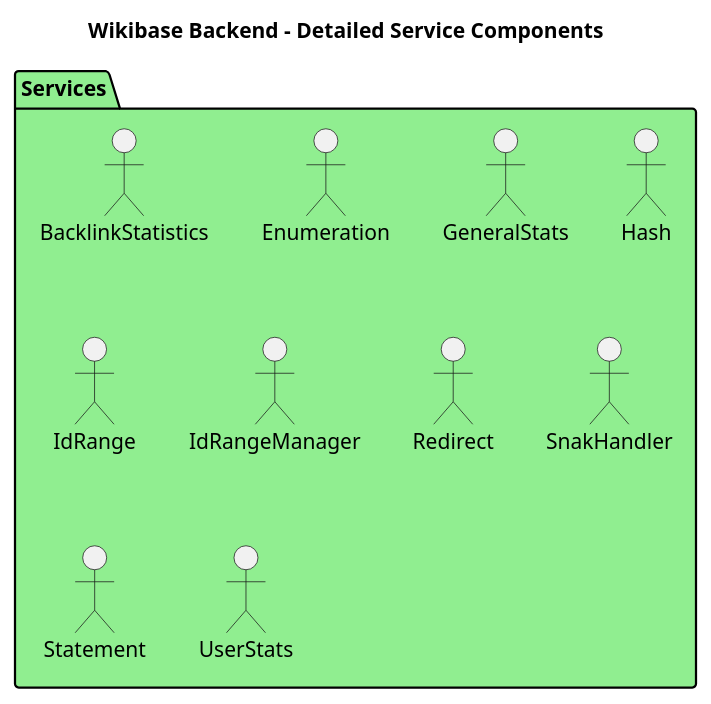
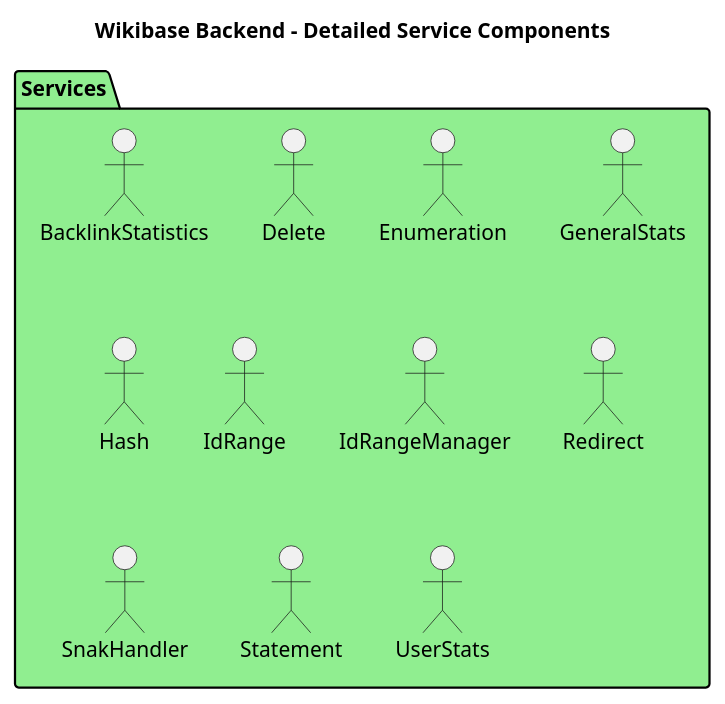
One commit to dpriskorn/entitybase-backend changed the diagram in doc/DIAGRAMS/detailed_service_components.puml. Above: the diagram before and after it, drawn with PlantUML. The commit also changed 114 other files, not shown here.

```diff
--- a/doc/DIAGRAMS/detailed_service_components.puml
+++ b/doc/DIAGRAMS/detailed_service_components.puml
@@ -1,18 +1,19 @@
 @startuml Detailed Service Components
 
 title Wikibase Backend - Detailed Service Components
 
 package "Services" as Services #LightGreen {
     "BacklinkStatistics" as BacklinkStatisticsService
+    "Delete" as DeleteService
     "Enumeration" as EnumerationService
     "GeneralStats" as GeneralStatsService
     "Hash" as HashService
     "IdRange" as IdRange
     "IdRangeManager" as IdRangeManager
     "Redirect" as RedirectService
     "SnakHandler" as SnakHandler
     "Statement" as StatementService
     "UserStats" as UserStatsService
 }
 
 @enduml
```
